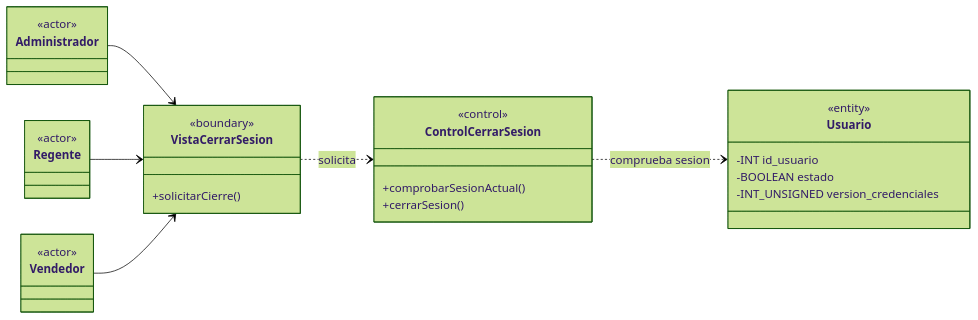
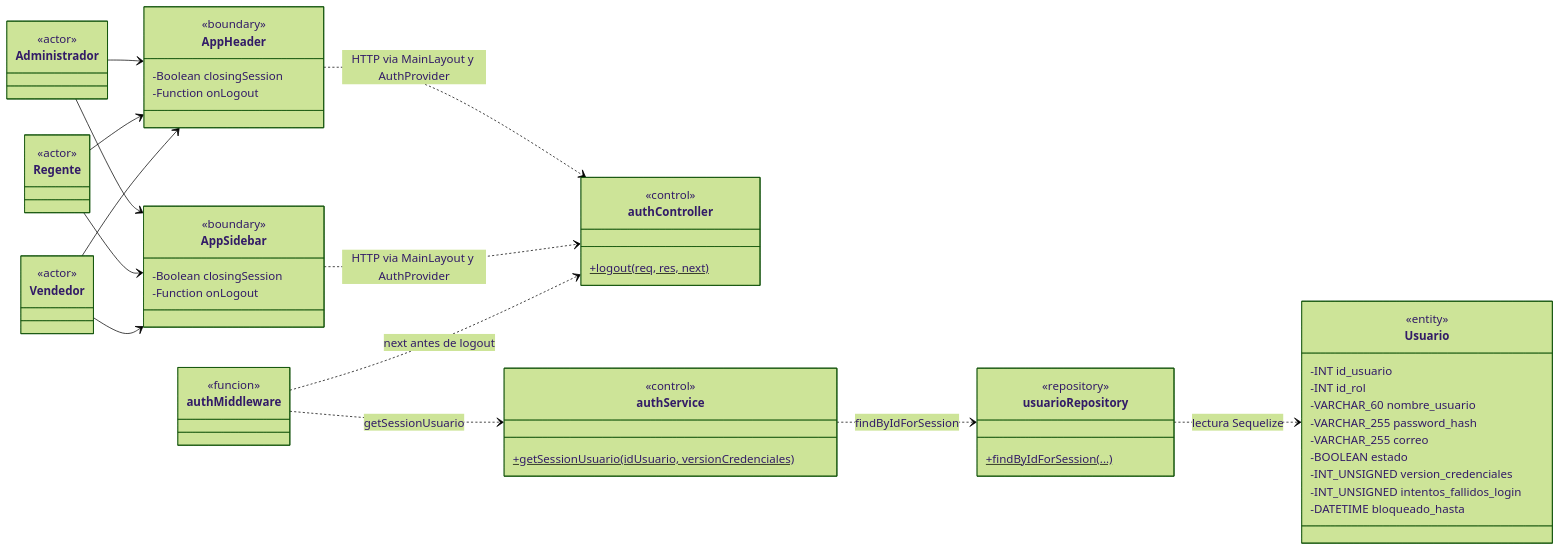
The second of 34 diagrams in docs/ai/analisis-clases-academico.md (CreepyBowDev/cadefar-inventory-system), drawn with Mermaid (forest theme) before and after one commit. The commit also changed other lines of this file, not shown here.

````diff
--- a/docs/ai/analisis-clases-academico.md
+++ b/docs/ai/analisis-clases-academico.md
@@ -150,27 +173,56 @@
 ```mermaid
 classDiagram
     direction LR
     class Administrador { <<actor>> }
     class Regente { <<actor>> }
     class Vendedor { <<actor>> }
-    class VistaCerrarSesion {
+    class AppHeader {
         <<boundary>>
-        +solicitarCierre()
+        -Boolean closingSession
+        -Function onLogout
     }
-    class ControlCerrarSesion {
+    class AppSidebar {
+        <<boundary>>
+        -Boolean closingSession
+        -Function onLogout
+    }
+    class authController {
         <<control>>
-        +comprobarSesionActual()
-        +cerrarSesion()
+        +logout(req, res, next)$
+    }
+    class authMiddleware {
+        <<funcion>>
+    }
+    class authService {
+        <<control>>
+        +getSessionUsuario(idUsuario, versionCredenciales)$
+    }
+    class usuarioRepository {
+        <<repository>>
+        +findByIdForSession(...)$
     }
     class Usuario {
         <<entity>>
         -INT id_usuario
+        -INT id_rol
+        -VARCHAR_60 nombre_usuario
+        -VARCHAR_255 password_hash
+        -VARCHAR_255 correo
         -BOOLEAN estado
         -INT_UNSIGNED version_credenciales
+        -INT_UNSIGNED intentos_fallidos_login
+        -DATETIME bloqueado_hasta
     }
-    Administrador --> VistaCerrarSesion
-    Regente --> VistaCerrarSesion
-    Vendedor --> VistaCerrarSesion
-    VistaCerrarSesion ..> ControlCerrarSesion : solicita
-    ControlCerrarSesion ..> Usuario : comprueba sesion
+    Administrador --> AppHeader
+    Regente --> AppHeader
+    Vendedor --> AppHeader
+    Administrador --> AppSidebar
+    Regente --> AppSidebar
+    Vendedor --> AppSidebar
+    AppHeader ..> authController : HTTP via MainLayout y AuthProvider
+    AppSidebar ..> authController : HTTP via MainLayout y AuthProvider
+    authMiddleware ..> authController : next antes de logout
+    authMiddleware ..> authService : getSessionUsuario
+    authService ..> usuarioRepository : findByIdForSession
+    usuarioRepository ..> Usuario : lectura Sequelize
 ```
````
